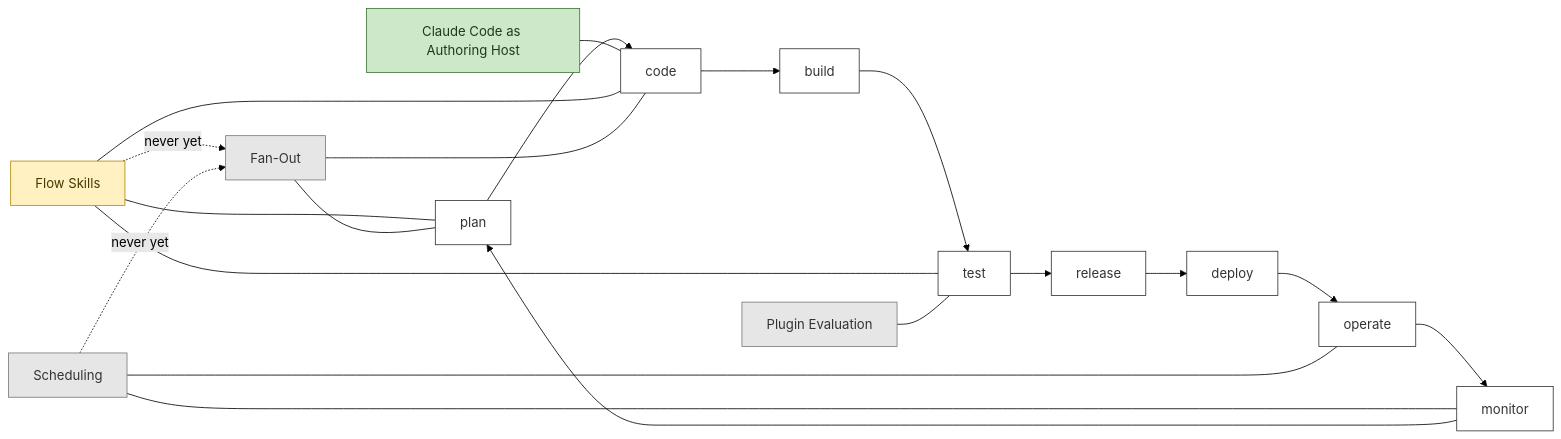
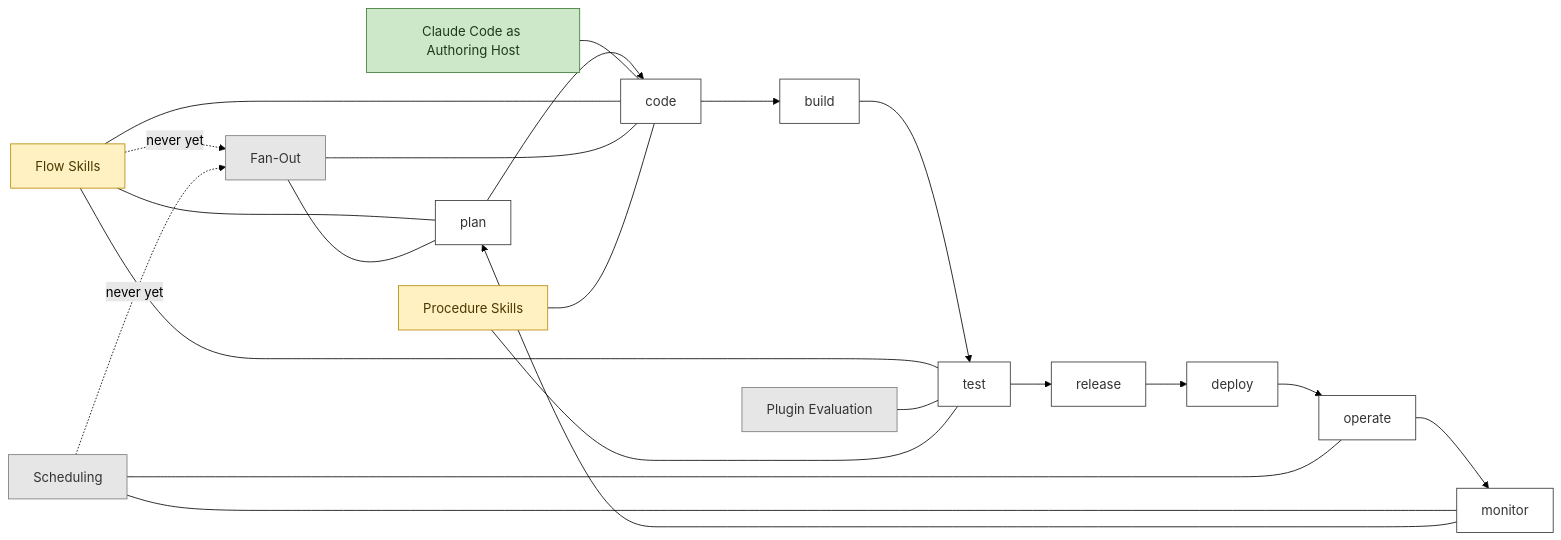
The diagram in .devbook/ai/adoption-map.md (JSdotNet/devbook), drawn with Mermaid (forest theme) before and after one commit. The commit also changed other lines of this file and 1 other file, not shown here.

First line of the commit message:
ai: the procedure skills are a trial practice at code and test

````diff
--- a/.devbook/ai/adoption-map.md
+++ b/.devbook/ai/adoption-map.md
@@ -34,23 +34,25 @@
 ```mermaid
 graph LR
   plan --> code --> build --> test --> release --> deploy --> operate --> monitor --> plan
   host[Claude Code as Authoring Host] --- code
   flows[Flow Skills] --- plan
   flows --- code
   flows --- test
   fanout[Fan-Out] --- plan
   fanout --- code
   schedule[Scheduling] --- operate
   schedule --- monitor
   eval[Plugin Evaluation] --- test
+  procs[Procedure Skills] --- code
+  procs --- test
   flows -. never yet .-> fanout
   schedule -. never yet .-> fanout
   classDef stage fill:#fff,stroke:#333,color:#333;
   classDef adopted fill:#cde7c9,stroke:#3c7a35,color:#1c3a19;
   classDef trial fill:#fff1c2,stroke:#b58a00,color:#4a3800;
   classDef candidate fill:#e6e6e6,stroke:#7a7a7a,color:#333;
   class plan,code,build,test,release,deploy,operate,monitor stage;
   class host adopted;
-  class flows trial;
+  class flows,procs trial;
   class fanout,schedule,eval candidate;
 ```
````
